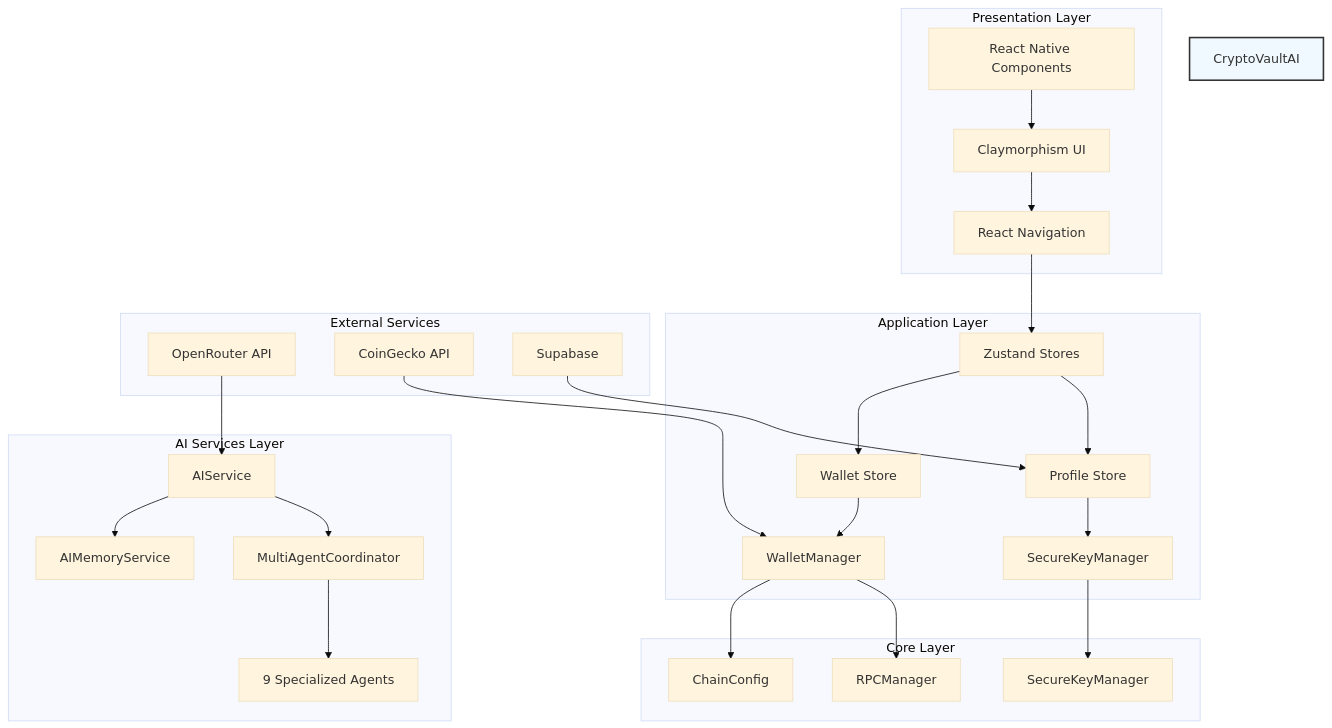
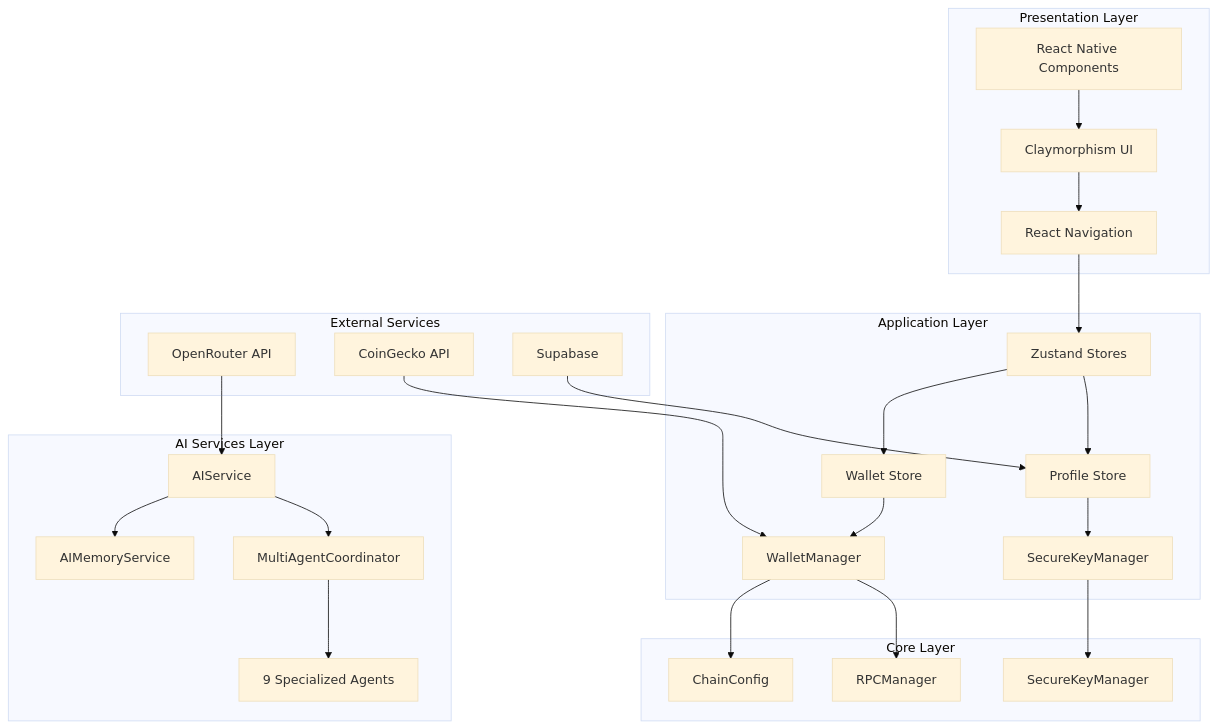
Before and after one commit to sri-ram-vignesh2007/Crypto-Wallet: the diagram in Project_Documentation.md, drawn with Mermaid (base theme). The commit also changed other lines of this file and 47 other files, not shown here.

````diff
--- a/Project_Documentation.md
+++ b/Project_Documentation.md
@@ -273,35 +273,34 @@
 ```mermaid
 graph TD
     subgraph "Presentation Layer"
         A[React Native Components] --> B[Claymorphism UI]
         B --> C[React Navigation]
     end
 
     subgraph "Application Layer"
         C --> D[Zustand Stores]
         D --> E[Wallet Store]
         D --> F[Profile Store]
         E --> G[WalletManager]
         F --> H[SecureKeyManager]
     end
 
     subgraph "Core Layer"
         G --> I[ChainConfig]
         G --> J[RPCManager]
         H --> K[SecureKeyManager]
     end
 
     subgraph "AI Services Layer"
         L[AIService] --> M[AIMemoryService]
         L --> N[MultiAgentCoordinator]
         N --> O[9 Specialized Agents]
     end
 
     subgraph "External Services"
         P[OpenRouter API] --> L
         Q[CoinGecko API] --> G
         R[Supabase] --> F
     end
 
-    style CryptoVaultAI fill:#f0f9ff,stroke:#333,stroke-width:2px
 ```
````
